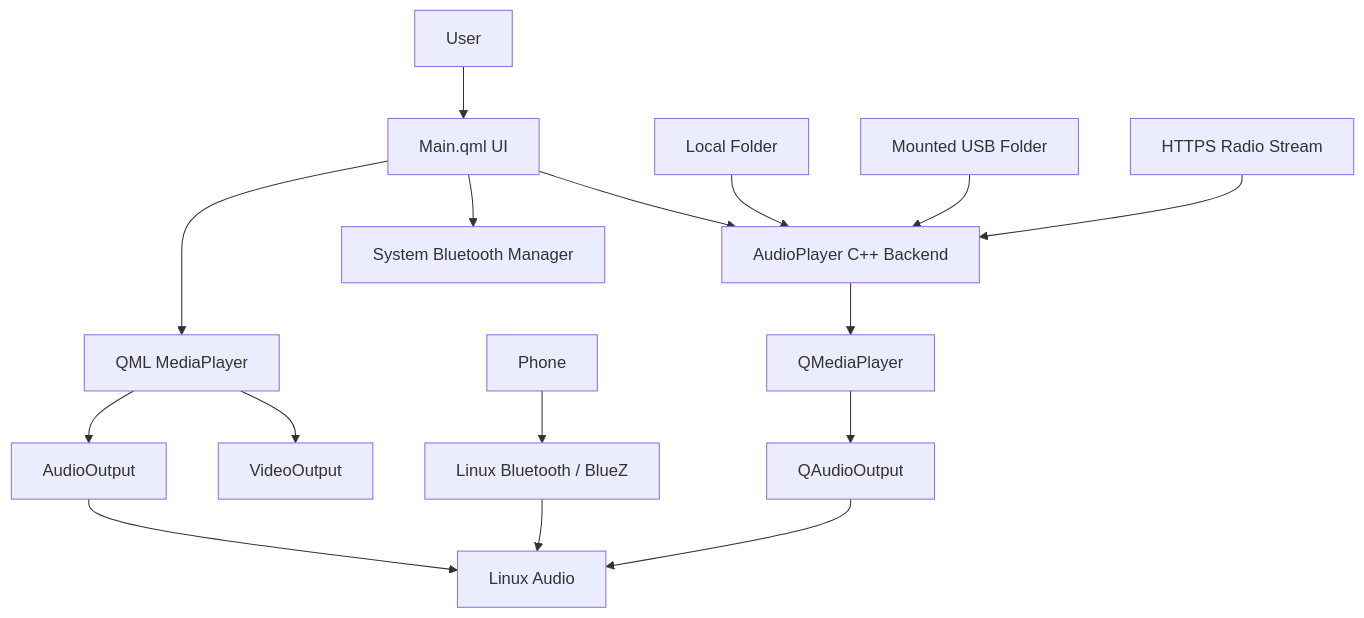
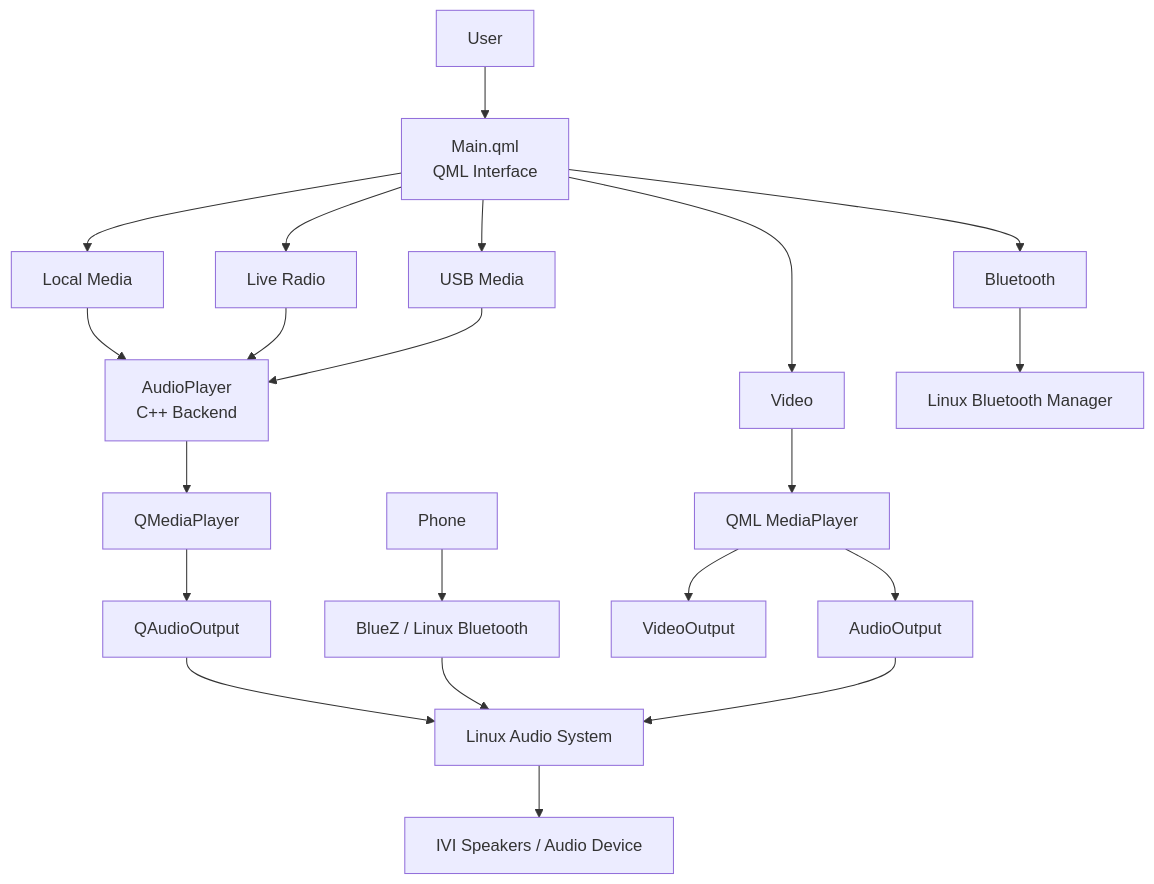
One commit to abdelrahmanhazem50-source/ITI-summer-Training-Qt changed the diagram in Final Project/README.md. Above: the diagram before and after it, drawn with Mermaid. The commit also changed other lines of this file, not shown here.

````diff
--- a/Final Project/README.md
+++ b/Final Project/README.md
@@ -22,22 +98,29 @@
 ```mermaid
 flowchart TD
-    User --> QML[Main.qml UI]
+    USER[User] --> UI[Main.qml\nQML Interface]
 
-    QML --> Audio[AudioPlayer C++ Backend]
-    Audio --> QMP[QMediaPlayer]
+    UI --> LOCAL[Local Media]
+    UI --> RADIO[Live Radio]
+    UI --> USB[USB Media]
+    UI --> BT[Bluetooth]
+    UI --> VIDEO[Video]
+
+    LOCAL --> AUDIO[AudioPlayer\nC++ Backend]
+    RADIO --> AUDIO
+    USB --> AUDIO
+
+    AUDIO --> QMP[QMediaPlayer]
     QMP --> QAO[QAudioOutput]
-    QAO --> LinuxAudio[Linux Audio]
+    QAO --> LINUX[Linux Audio System]
 
-    Local[Local Folder] --> Audio
-    USB[Mounted USB Folder] --> Audio
-    Radio[HTTPS Radio Stream] --> Audio
+    BT --> BTMGR[Linux Bluetooth Manager]
+    PHONE[Phone] --> BLUEZ[BlueZ / Linux Bluetooth]
+    BLUEZ --> LINUX
 
-    Phone[Phone] --> BlueZ[Linux Bluetooth / BlueZ]
-    BlueZ --> LinuxAudio
-    QML --> BluetoothManager[System Bluetooth Manager]
+    VIDEO --> VPLAYER[QML MediaPlayer]
+    VPLAYER --> VOUT[VideoOutput]
+    VPLAYER --> VAUDIO[AudioOutput]
+    VAUDIO --> LINUX
 
-    QML --> VideoPlayer[QML MediaPlayer]
-    VideoPlayer --> VideoOutput
-    VideoPlayer --> VideoAudio[AudioOutput]
-    VideoAudio --> LinuxAudio
+    LINUX --> SPEAKERS[IVI Speakers / Audio Device]
 ```
````
